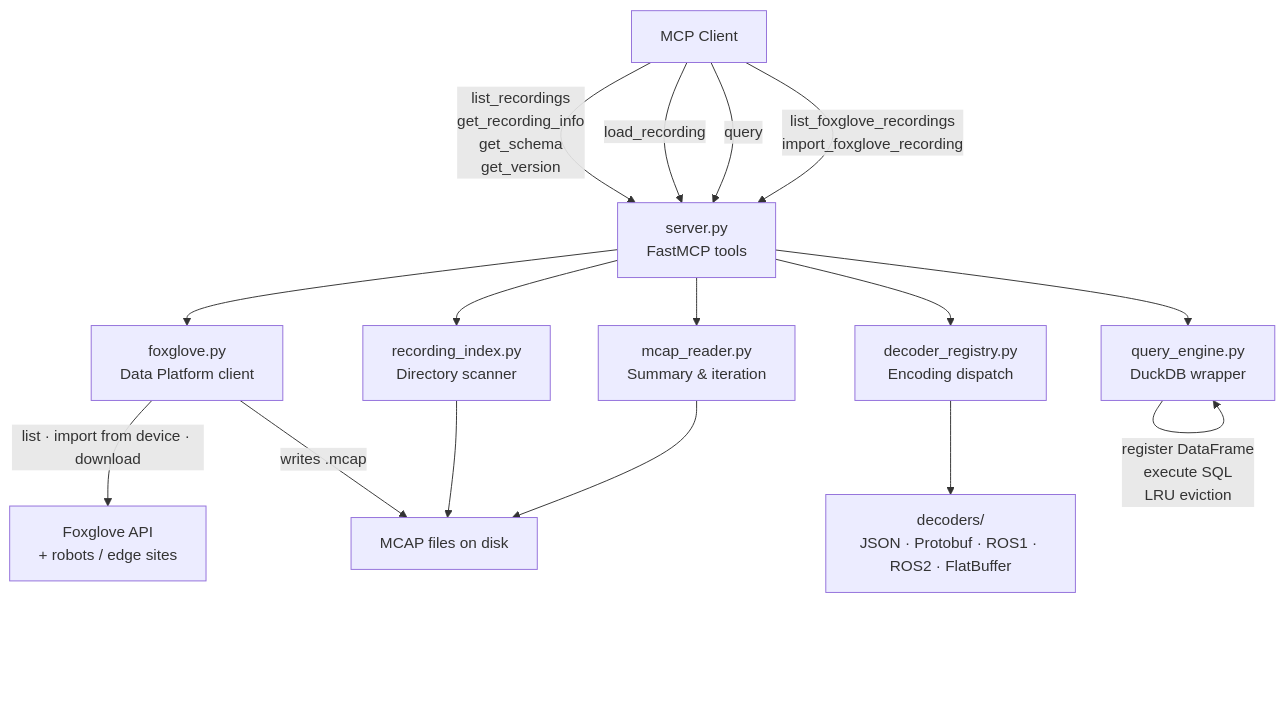
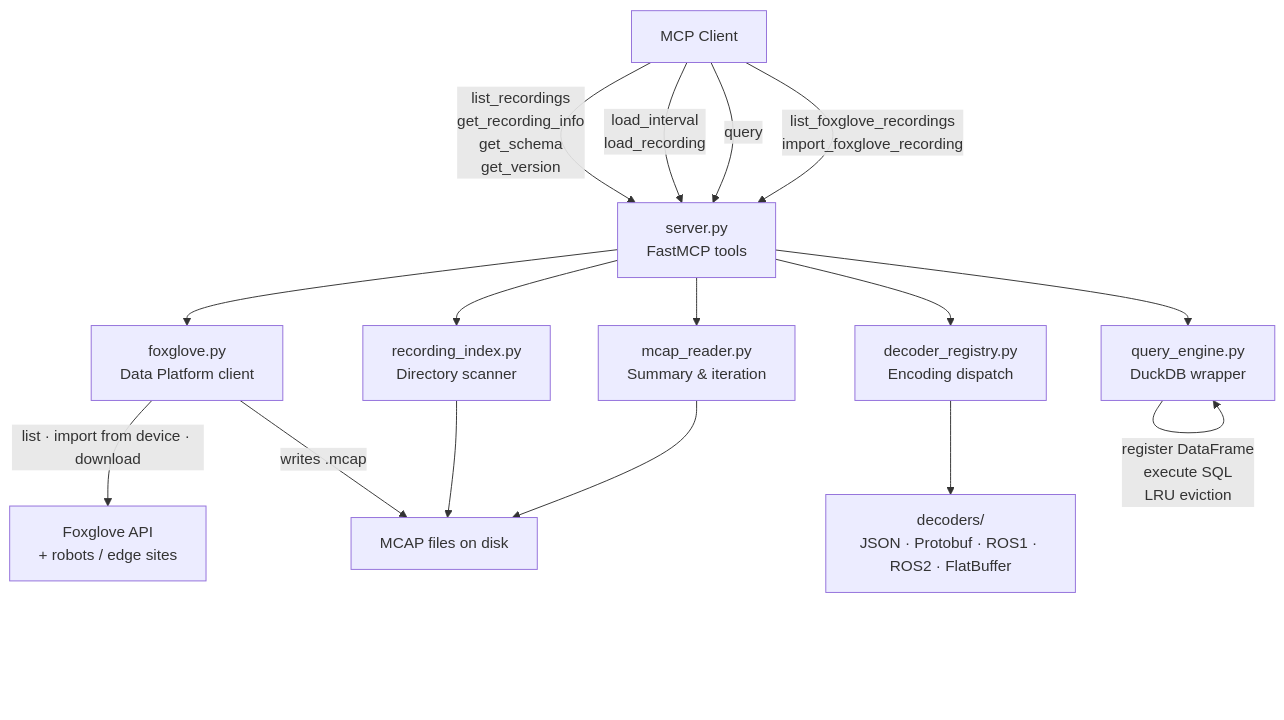
One commit to pixel-robotics/mcap_mcp_server changed the diagram in doc/source/architecture.md. Above: the diagram before and after it, drawn with Mermaid. The commit also changed other lines of this file and 17 other files, not shown here.

First line of the commit message:
feat: remote MCP server with Google Workspace auth and one-shot load_interval

````diff
--- a/doc/source/architecture.md
+++ b/doc/source/architecture.md
@@ -5,31 +5,31 @@
 ```{mermaid}
 graph TD
     Client["MCP Client"]
     Server["server.py<br/>FastMCP tools"]
     Index["recording_index.py<br/>Directory scanner"]
     Reader["mcap_reader.py<br/>Summary & iteration"]
     Registry["decoder_registry.py<br/>Encoding dispatch"]
     Decoders["decoders/<br/>JSON · Protobuf · ROS1 · ROS2 · FlatBuffer"]
     Engine["query_engine.py<br/>DuckDB wrapper"]
     Files["MCAP files on disk"]
     Foxglove["foxglove.py<br/>Data Platform client"]
     Cloud["Foxglove API<br/>+ robots / edge sites"]
 
     Client -->|"list_recordings<br/>get_recording_info<br/>get_schema<br/>get_version"| Server
-    Client -->|load_recording| Server
+    Client -->|"load_interval<br/>load_recording"| Server
     Client -->|query| Server
     Client -->|"list_foxglove_recordings<br/>import_foxglove_recording"| Server
 
     Server --> Foxglove
     Foxglove -->|"list · import from device · download"| Cloud
     Foxglove -->|"writes .mcap"| Files
     Server --> Index
     Server --> Reader
     Server --> Registry
     Server --> Engine
 
     Index --> Files
     Reader --> Files
     Registry --> Decoders
     Engine -->|"register DataFrame<br/>execute SQL<br/>LRU eviction"| Engine
 ```
````
